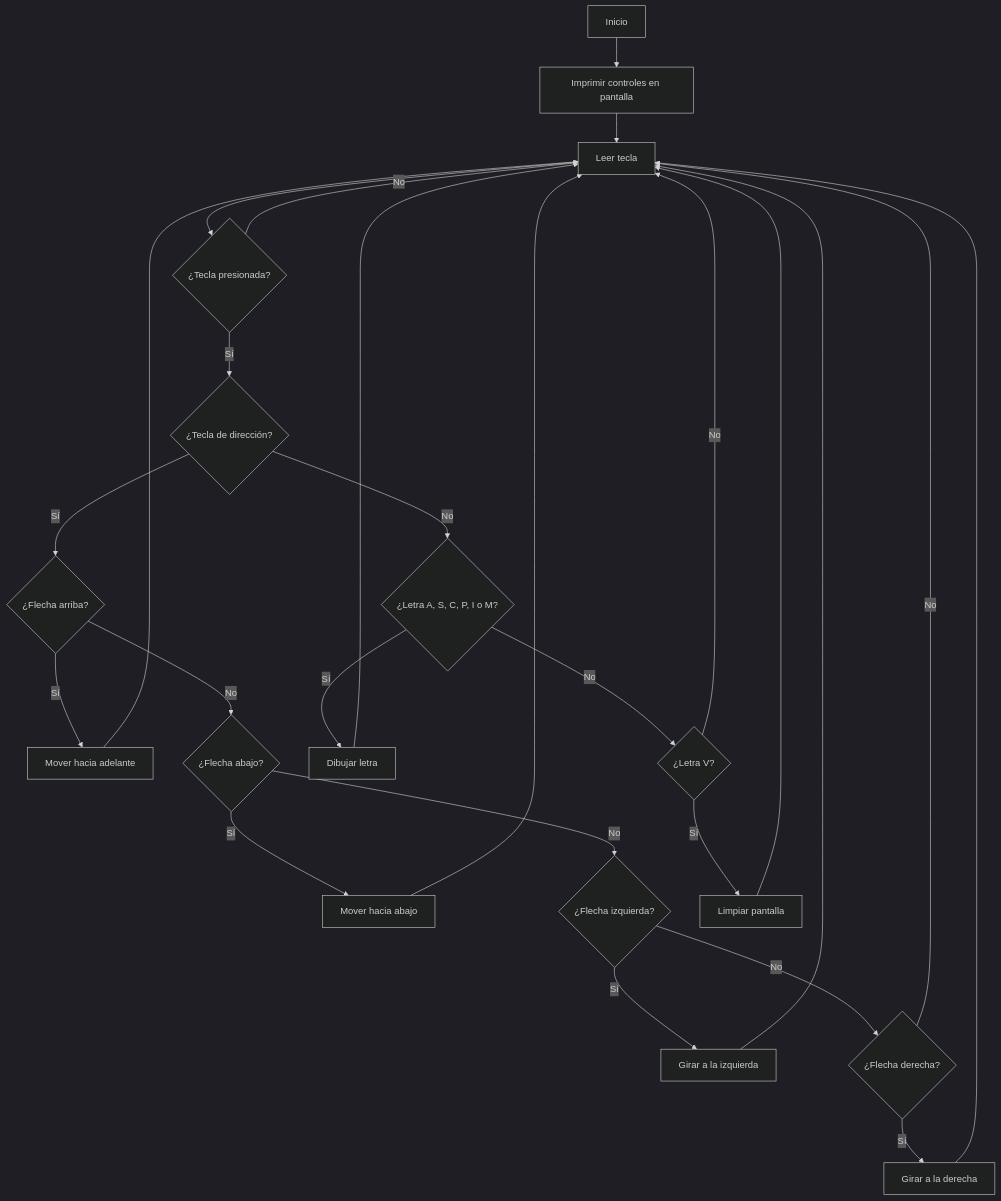
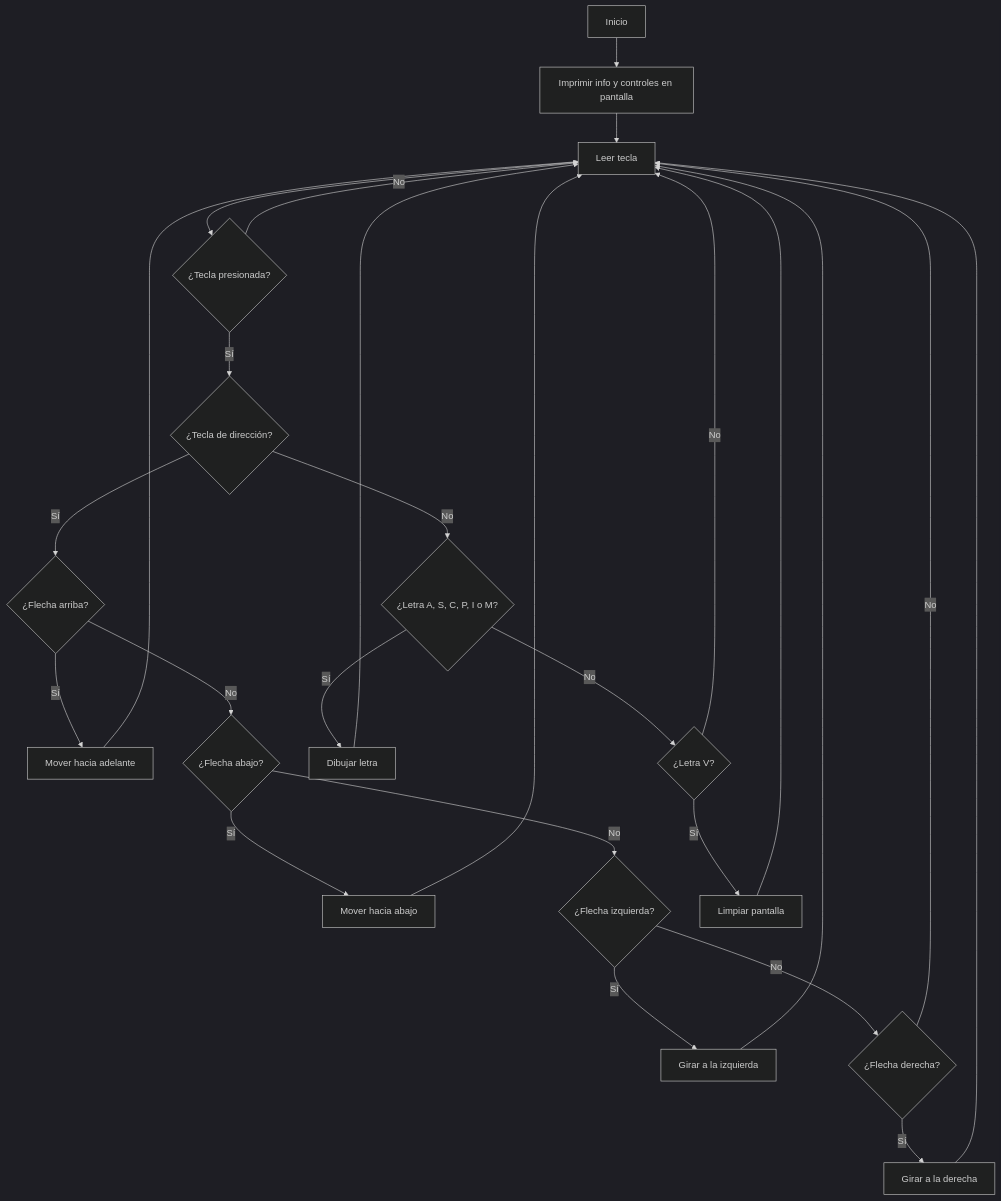
The diagram in README.md (isamendo17/LabRobotica), drawn with Mermaid (dark theme) before and after one commit.

````diff
--- a/README.md
+++ b/README.md
@@ -12,28 +12,28 @@
 ```mermaid
 flowchart TD
-    A[Inicio] --> B[Imprimir controles en pantalla]
+    A[Inicio] --> B[Imprimir info y controles en pantalla]
     B --> C[Leer tecla]
     C --> D{¿Tecla presionada?}
     D -- No --> C
     D -- Sí --> E{¿Tecla de dirección?}
     E -- Sí --> F{¿Flecha arriba?}
     E -- No --> G{¿Letra A, S, C, P, I o M?}
     F -- Sí --> H[Mover hacia adelante]
     F -- No --> I{¿Flecha abajo?}
     G -- Sí --> J[Dibujar letra]
     G -- No --> K{¿Letra V?}
     H --> C
     I -- Sí --> L[Mover hacia abajo]
     I -- No --> M{¿Flecha izquierda?}
     J --> C
     K -- Sí --> N[Limpiar pantalla]
     K -- No --> C
     L --> C
     M -- Sí --> O[Girar a la izquierda]
     M -- No --> P{¿Flecha derecha?}
     N --> C
     O --> C
     P -- Sí --> Q[Girar a la derecha]
     P -- No --> C
     Q --> C
 ```
````
